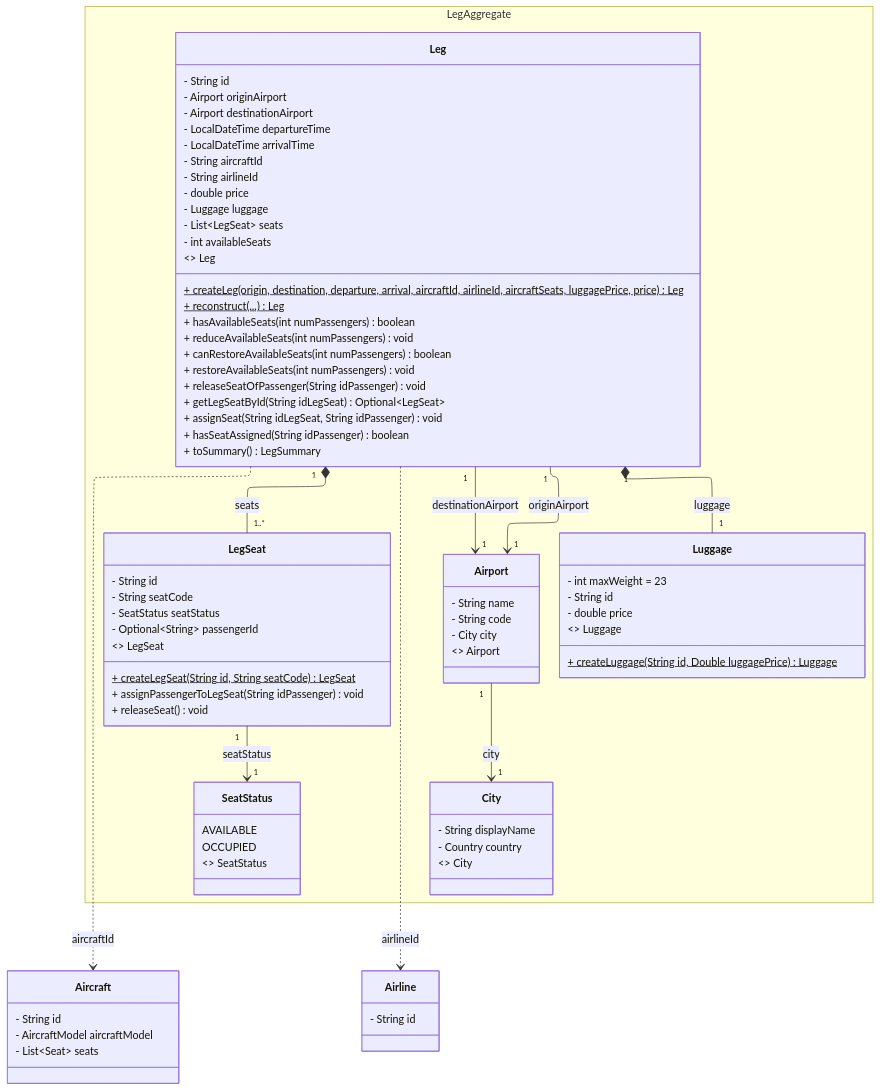
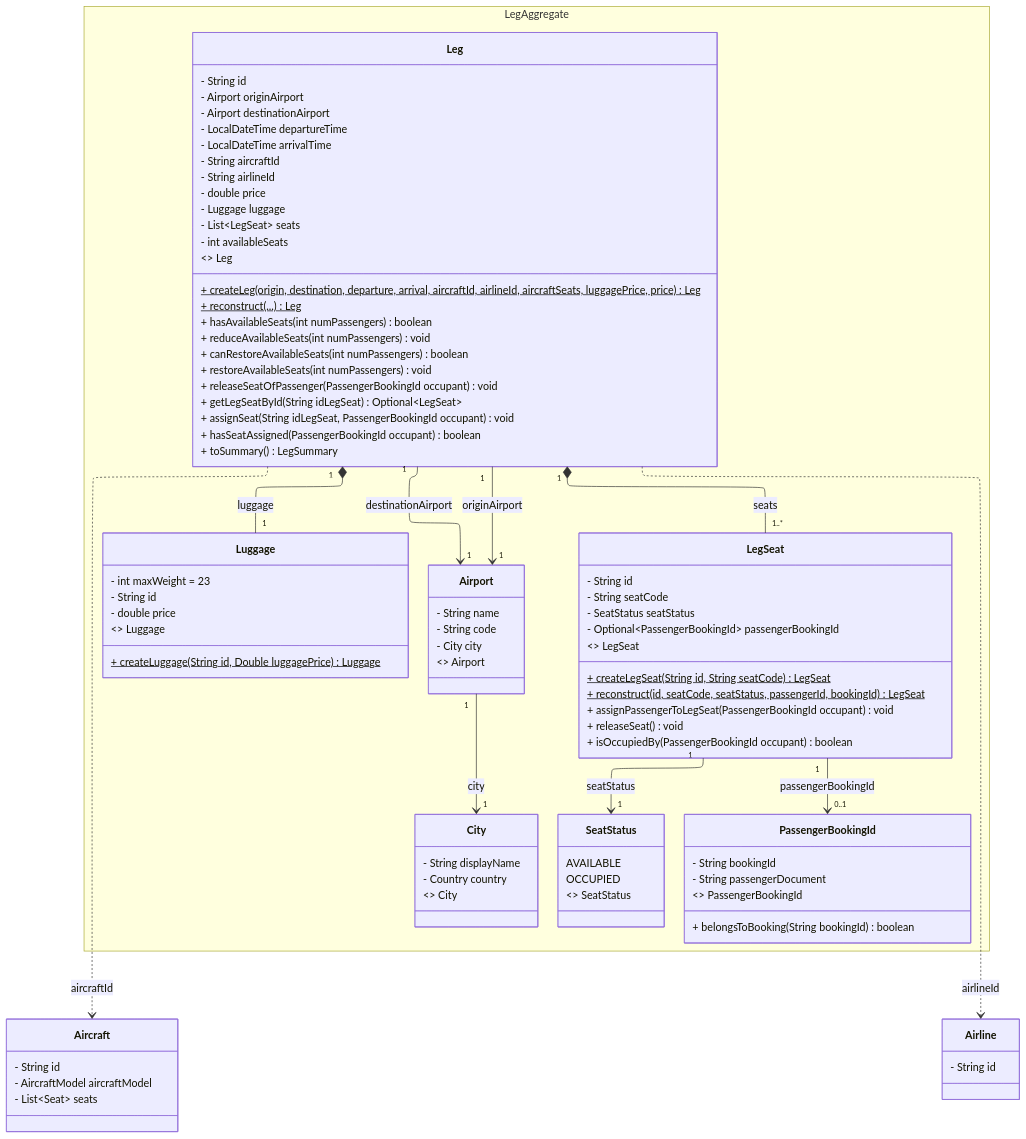
The diagram in docs/leg-aggregate/leg-agregate-code.md (Joab-SC/skyline), drawn with Mermaid before and after one commit. The commit also changed other lines of this file and 2 other files, not shown here.

Commit message:
docs: describe the booking id stored on leg seats
Seats are now held by a PassengerBookingId (booking id + passenger document),
so the same person in two bookings keeps one seat per booking.

```diff
--- a/docs/leg-aggregate/leg-agregate-code.md
+++ b/docs/leg-aggregate/leg-agregate-code.md
@@ -24,10 +24,10 @@
             + reduceAvailableSeats(int numPassengers) void
             + canRestoreAvailableSeats(int numPassengers) boolean
             + restoreAvailableSeats(int numPassengers) void
-            + releaseSeatOfPassenger(String idPassenger) void
+            + releaseSeatOfPassenger(PassengerBookingId occupant) void
             + getLegSeatById(String idLegSeat) Optional~LegSeat~
-            + assignSeat(String idLegSeat, String idPassenger) void
-            + hasSeatAssigned(String idPassenger) boolean
+            + assignSeat(String idLegSeat, PassengerBookingId occupant) void
+            + hasSeatAssigned(PassengerBookingId occupant) boolean
             + toSummary() LegSummary
         }
 
@@ -35,10 +35,18 @@
             - String id
             - String seatCode
             - SeatStatus seatStatus
-            - Optional~String~ passengerId
+            - Optional~PassengerBookingId~ passengerBookingId
             + createLegSeat(String id, String seatCode) LegSeat$
-            + assignPassengerToLegSeat(String idPassenger) void
+            + reconstruct(id, seatCode, seatStatus, passengerId, bookingId) LegSeat$
+            + assignPassengerToLegSeat(PassengerBookingId occupant) void
             + releaseSeat() void
+            + isOccupiedBy(PassengerBookingId occupant) boolean
+        }
+
+        class PassengerBookingId {
+            - String bookingId
+            - String passengerDocument
+            + belongsToBooking(String bookingId) boolean
         }
 
         class SeatStatus {
@@ -78,6 +86,7 @@
     Leg :<<AggregateRoot>> Leg
     LegSeat :<<Entity>> LegSeat
     SeatStatus :<<enumeration>> SeatStatus
+    PassengerBookingId :<<ValueObject>> PassengerBookingId
     Luggage :<<Entity>> Luggage
     Airport :<<enumeration>> Airport
     City :<<enumeration>> City
@@ -85,6 +94,7 @@
     Leg "1" *-- "1" Luggage : luggage
     Leg "1" *-- "1..*" LegSeat : seats
     LegSeat "1" --> "1" SeatStatus : seatStatus
+    LegSeat "1" --> "0..1" PassengerBookingId : passengerBookingId
     Leg "1" --> "1" Airport : originAirport
     Leg "1" --> "1" Airport : destinationAirport
     Airport "1" --> "1" City : city
```
